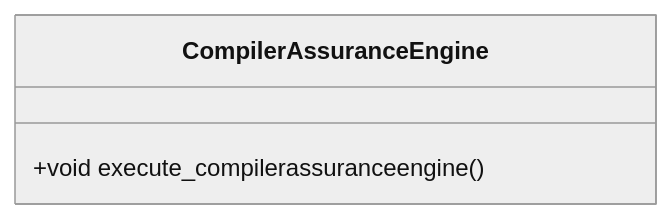
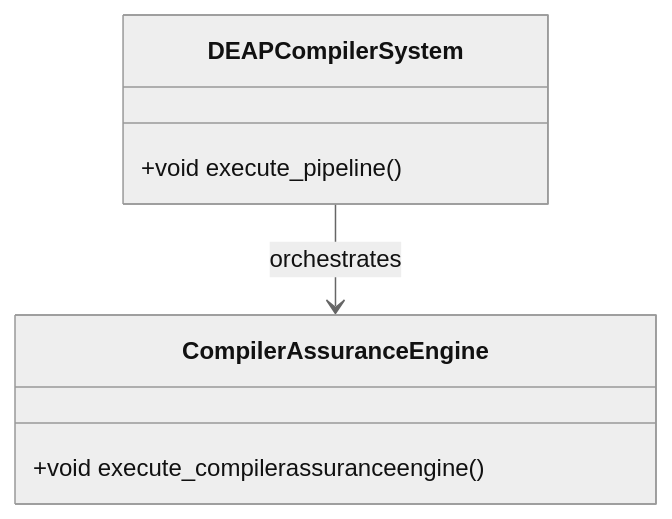
The diagram in docs/features/FEAT-61-CompilerAssuranceEngine.md (gintatkinson/dumpiler-01), drawn with Mermaid (neutral theme) before and after one commit. The commit also changed other lines of this file and 90 other files, not shown here.

````diff
--- a/docs/features/FEAT-61-CompilerAssuranceEngine.md
+++ b/docs/features/FEAT-61-CompilerAssuranceEngine.md
@@ -25,6 +25,10 @@
 ```mermaid
 classDiagram
+    class DEAPCompilerSystem {
+        +void execute_pipeline()
+    }
     class CompilerAssuranceEngine {
         +void execute_compilerassuranceengine()
     }
+    DEAPCompilerSystem --> CompilerAssuranceEngine : orchestrates
 ```
````
